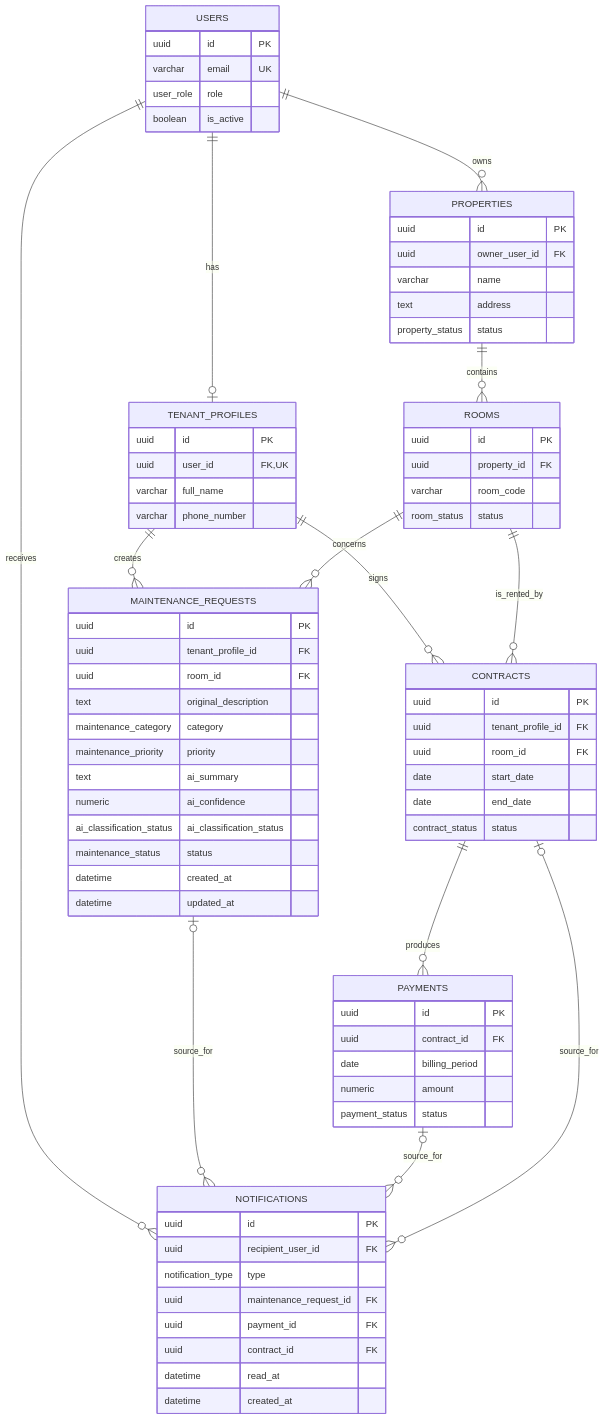
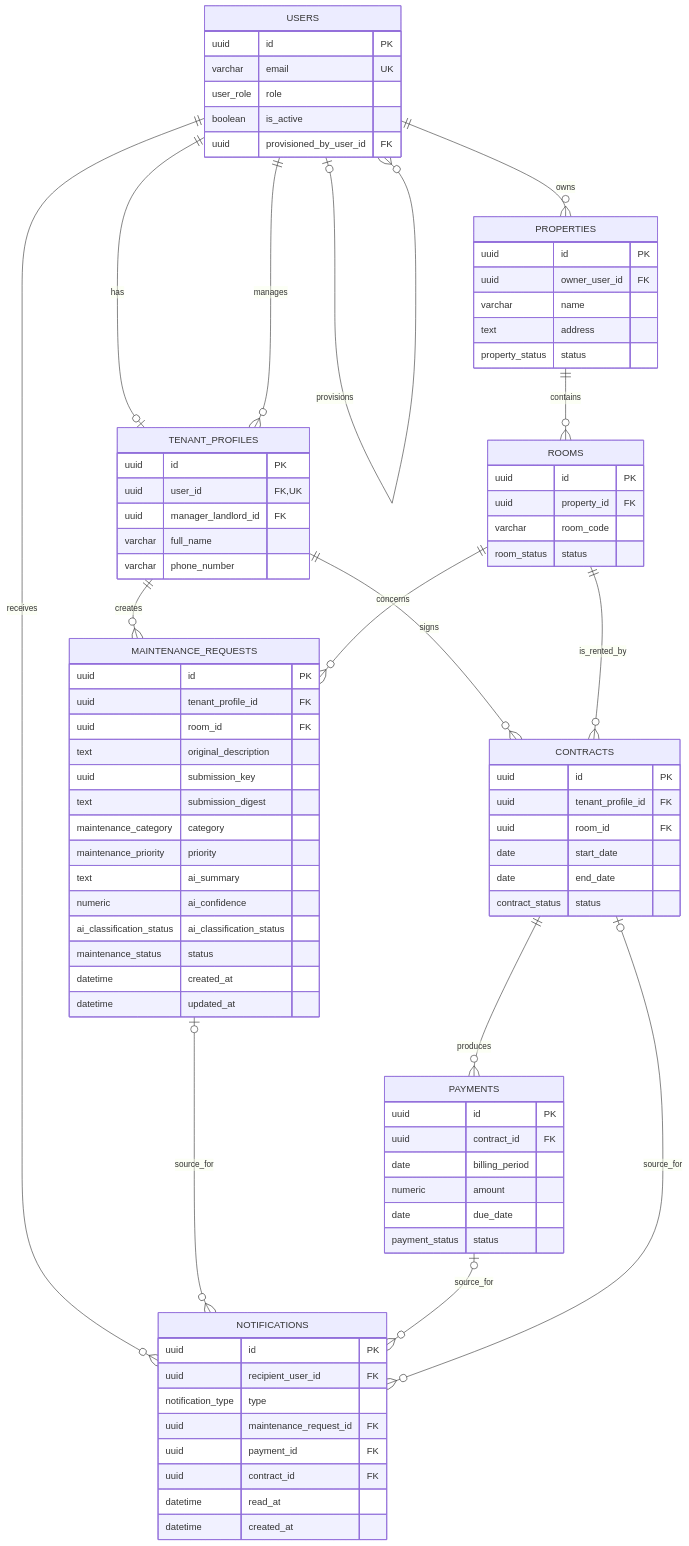
Before and after one commit to aanhtuan/SmartRent: the diagram in design/database/erd.md, drawn with Mermaid. The commit also changed other lines of this file and 21 other files, not shown here.

Commit message:
docs(architecture): align ownership models and resource contracts

```diff
--- a/design/database/erd.md
+++ b/design/database/erd.md
@@ -9,10 +11,12 @@
     varchar email UK
     user_role role
     boolean is_active
+    uuid provisioned_by_user_id FK
   }
   TENANT_PROFILES {
     uuid id PK
     uuid user_id FK, UK
+    uuid manager_landlord_id FK
     varchar full_name
     varchar phone_number
   }
@@ -42,6 +46,7 @@
     uuid contract_id FK
     date billing_period
     numeric amount
+    date due_date
     payment_status status
   }
   MAINTENANCE_REQUESTS {
@@ -49,6 +54,8 @@
     uuid tenant_profile_id FK
     uuid room_id FK
     text original_description
+    uuid submission_key
+    text submission_digest
     maintenance_category category
     maintenance_priority priority
     text ai_summary
@@ -70,6 +77,8 @@
   }
 
   USERS ||--o| TENANT_PROFILES : has
+  USERS ||--o{ TENANT_PROFILES : manages
+  USERS o|--o{ USERS : provisions
   USERS ||--o{ PROPERTIES : owns
   PROPERTIES ||--o{ ROOMS : contains
   TENANT_PROFILES ||--o{ CONTRACTS : signs
```
